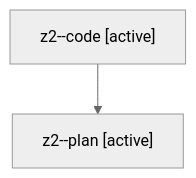
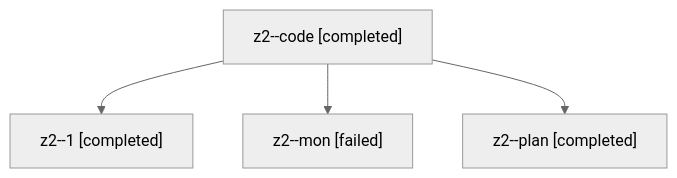
The diagram in families/bbugyi200.athena.z2.md (sase-org/sase--agents), drawn with Mermaid (neutral theme) before and after one commit. The commit also changed other lines of this file and 93 other files, not shown here.

````diff
--- a/families/bbugyi200.athena.z2.md
+++ b/families/bbugyi200.athena.z2.md
@@ -9,6 +9,10 @@
 ```mermaid
 flowchart TD
-  n0["z2--code [active]"]
-  n1["z2--plan [active]"]
+  n0["z2--code [completed]"]
+  n1["z2--1 [completed]"]
   n0 --> n1
+  n2["z2--mon [failed]"]
+  n0 --> n2
+  n3["z2--plan [completed]"]
+  n0 --> n3
 ```
````
